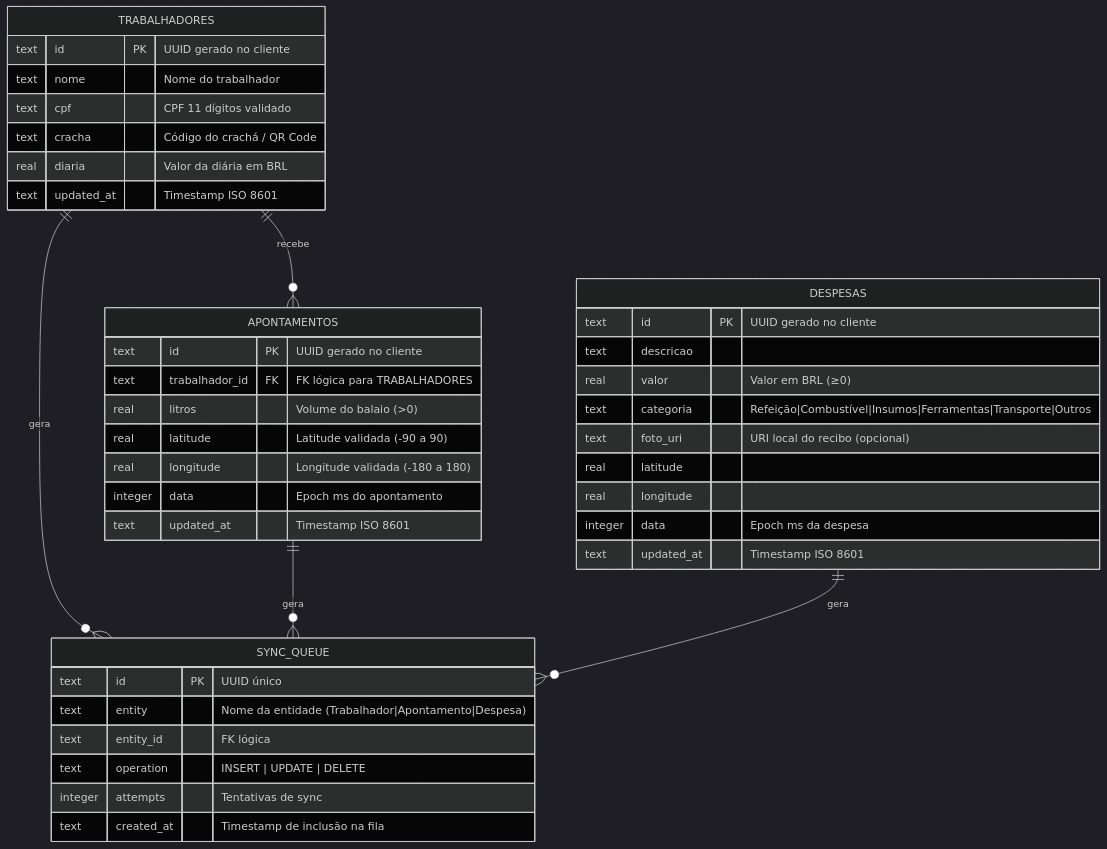
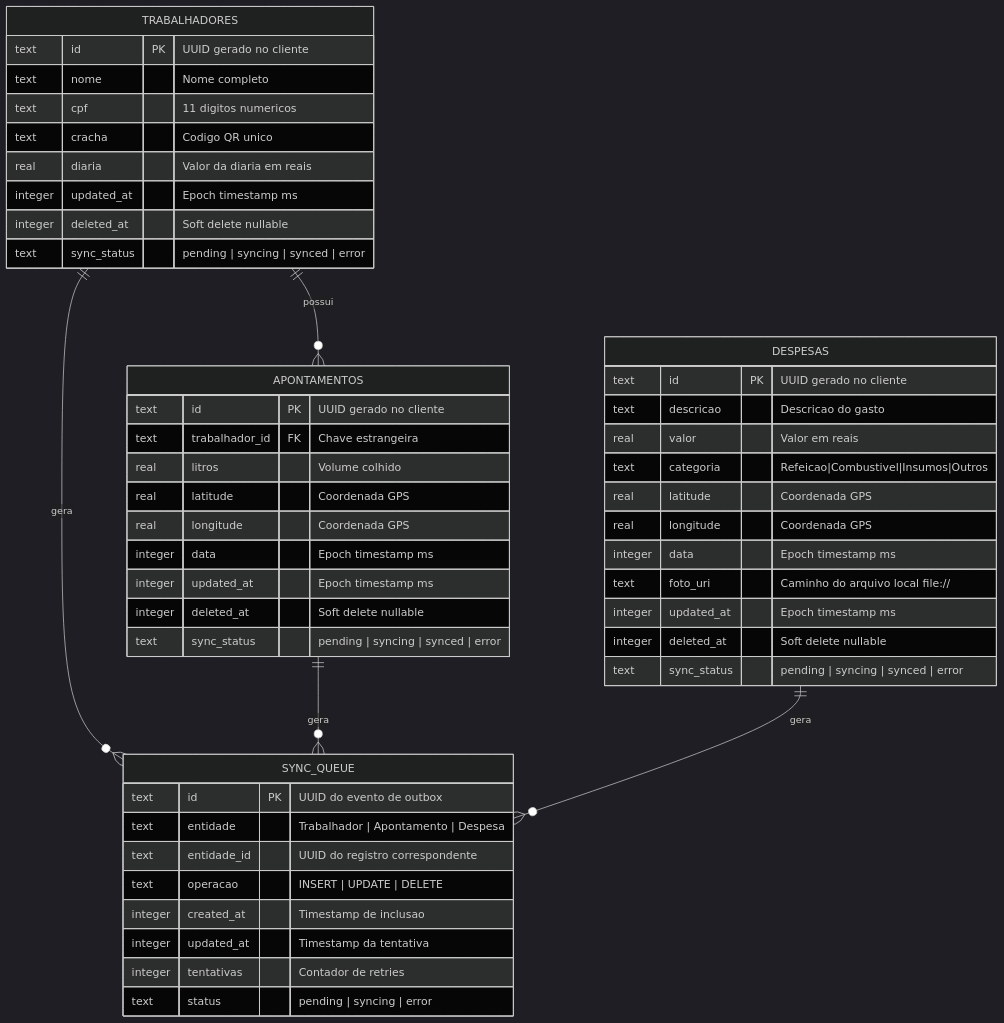
The third of 11 diagrams in docs/documento-software-mobile.md (JoaoPedroScalioni/MOBILEEE), drawn with Mermaid (dark theme) before and after one commit. The commit also changed other lines of this file and 3 other files, not shown here.

````diff
--- a/docs/documento-software-mobile.md
+++ b/docs/documento-software-mobile.md
@@ -431,47 +417,55 @@
 ```mermaid
 erDiagram
-    TRABALHADORES ||--o{ APONTAMENTOS : recebe
+    TRABALHADORES ||--o{ APONTAMENTOS : possui
     TRABALHADORES ||--o{ SYNC_QUEUE : gera
     APONTAMENTOS ||--o{ SYNC_QUEUE : gera
     DESPESAS ||--o{ SYNC_QUEUE : gera
 
     TRABALHADORES {
         text id PK "UUID gerado no cliente"
-        text nome "Nome do trabalhador"
-        text cpf "CPF 11 dígitos validado"
-        text cracha "Código do crachá / QR Code"
-        real diaria "Valor da diária em BRL"
-        text updated_at "Timestamp ISO 8601"
+        text nome "Nome completo"
+        text cpf "11 digitos numericos"
+        text cracha "Codigo QR unico"
+        real diaria "Valor da diaria em reais"
+        integer updated_at "Epoch timestamp ms"
+        integer deleted_at "Soft delete nullable"
+        text sync_status "pending | syncing | synced | error"
     }
 
     APONTAMENTOS {
         text id PK "UUID gerado no cliente"
-        text trabalhador_id FK "FK lógica para TRABALHADORES"
-        real litros "Volume do balaio (>0)"
-        real latitude "Latitude validada (-90 a 90)"
-        real longitude "Longitude validada (-180 a 180)"
-        integer data "Epoch ms do apontamento"
-        text updated_at "Timestamp ISO 8601"
+        text trabalhador_id FK "Chave estrangeira"
+        real litros "Volume colhido"
+        real latitude "Coordenada GPS"
+        real longitude "Coordenada GPS"
+        integer data "Epoch timestamp ms"
+        integer updated_at "Epoch timestamp ms"
+        integer deleted_at "Soft delete nullable"
+        text sync_status "pending | syncing | synced | error"
     }
 
     DESPESAS {
         text id PK "UUID gerado no cliente"
-        text descricao
-        real valor "Valor em BRL (≥0)"
-        text categoria "Refeição|Combustível|Insumos|Ferramentas|Transporte|Outros"
-        text foto_uri "URI local do recibo (opcional)"
-        real latitude
-        real longitude
-        integer data "Epoch ms da despesa"
-        text updated_at "Timestamp ISO 8601"
+        text descricao "Descricao do gasto"
+        real valor "Valor em reais"
+        text categoria "Refeicao|Combustivel|Insumos|Outros"
+        real latitude "Coordenada GPS"
+        real longitude "Coordenada GPS"
+        integer data "Epoch timestamp ms"
+        text foto_uri "Caminho do arquivo local file://"
+        integer updated_at "Epoch timestamp ms"
+        integer deleted_at "Soft delete nullable"
+        text sync_status "pending | syncing | synced | error"
     }
 
     SYNC_QUEUE {
-        text id PK "UUID único"
-        text entity "Nome da entidade (Trabalhador|Apontamento|Despesa)"
-        text entity_id "FK lógica"
-        text operation "INSERT | UPDATE | DELETE"
-        integer attempts "Tentativas de sync"
-        text created_at "Timestamp de inclusão na fila"
+        text id PK "UUID do evento de outbox"
+        text entidade "Trabalhador | Apontamento | Despesa"
+        text entidade_id "UUID do registro correspondente"
+        text operacao "INSERT | UPDATE | DELETE"
+        integer created_at "Timestamp de inclusao"
+        integer updated_at "Timestamp da tentativa"
+        integer tentativas "Contador de retries"
+        text status "pending | syncing | error"
     }
 ```
````
